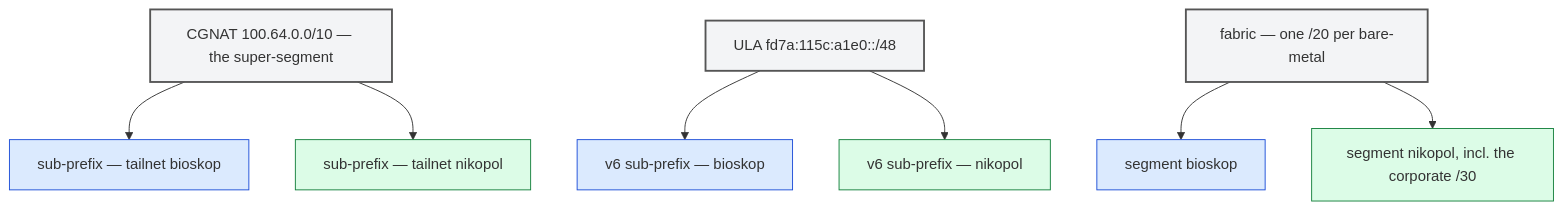
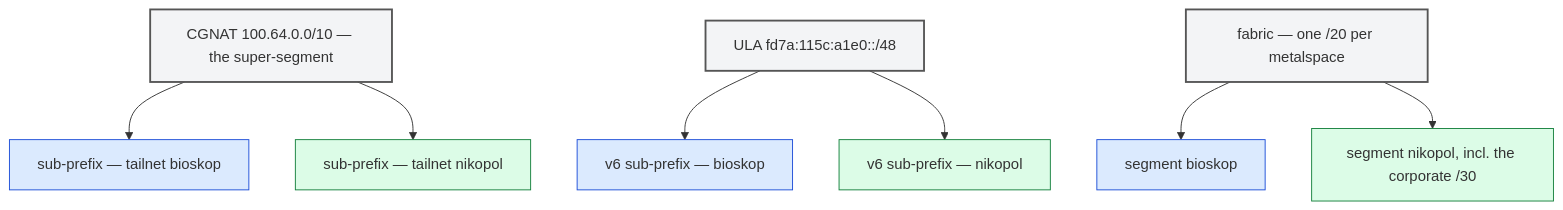
One commit to seedmatic/ndh changed the tenth of 12 diagrams in docs/fabric-control-plane-spec.adoc. Above: the diagram before and after it, drawn with Mermaid. The commit also changed other lines of this file and 47 other files, not shown here.

```diff
--- a/docs/fabric-control-plane-spec.adoc
+++ b/docs/fabric-control-plane-spec.adoc
@@ -852,17 +852,17 @@
 [mermaid]
 ....
 flowchart TB
   cg["CGNAT 100.64.0.0/10 — the super-segment"]:::super
   cg --> pb["sub-prefix — tailnet bioskop"]:::tb
   cg --> pn["sub-prefix — tailnet nikopol"]:::tn
   ula["ULA fd7a:115c:a1e0::/48"]:::super
   ula --> ub["v6 sub-prefix — bioskop"]:::tb
   ula --> un["v6 sub-prefix — nikopol"]:::tn
-  fab["fabric — one /20 per bare-metal"]:::super
+  fab["fabric — one /20 per metalspace"]:::super
   fab --> fb["segment bioskop"]:::tb
   fab --> fn["segment nikopol, incl. the corporate /30"]:::tn
 
   classDef super fill:#f3f4f6,stroke:#555,stroke-width:2px;
   classDef tb fill:#dbeafe,stroke:#1d4ed8;
   classDef tn fill:#dcfce7,stroke:#15803d;
 ....
```
